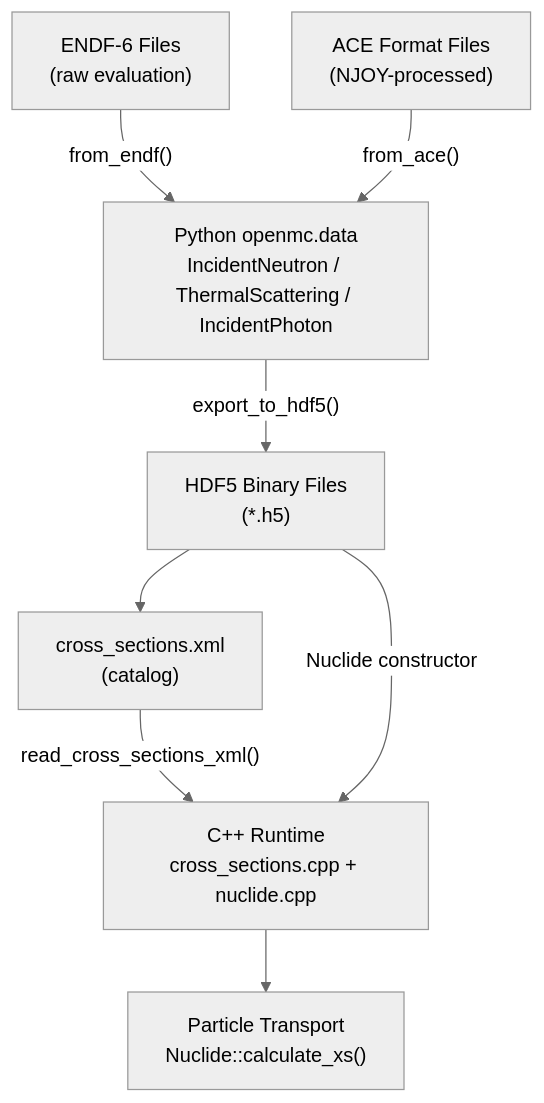
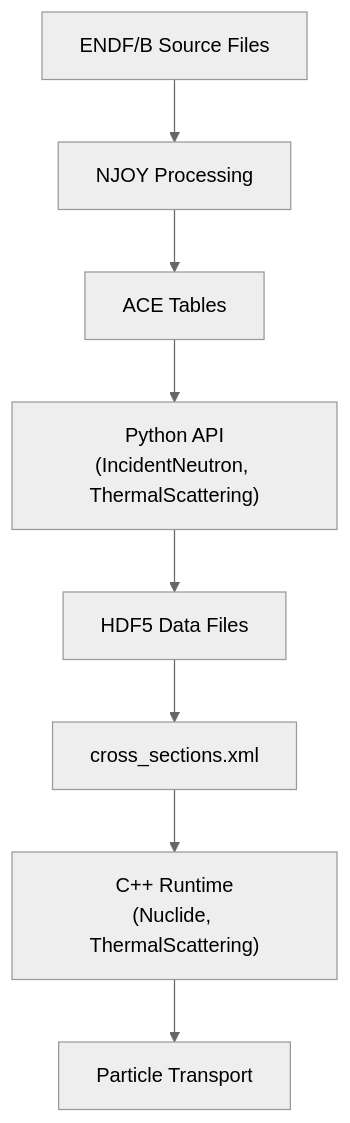
The seventh of 11 diagrams in src/content/wikis/openmc-dev-openmc/index.mdx (augment-solutions/deep-wikis), drawn with Mermaid (neutral theme) before and after one commit. The commit also changed other lines of this file, not shown here.

Commit message:
deep-wiki: update openmc-dev-openmc

````diff
--- a/src/content/wikis/openmc-dev-openmc/index.mdx
+++ b/src/content/wikis/openmc-dev-openmc/index.mdx
@@ -540,18 +704,14 @@
 ```mermaid
 flowchart TD
-    endf["ENDF-6 Files\n(raw evaluation)"]
-    ace["ACE Format Files\n(NJOY-processed)"]
-    py["Python openmc.data\nIncidentNeutron / ThermalScattering / IncidentPhoton"]
-    hdf5["HDF5 Binary Files\n(*.h5)"]
-    xml["cross_sections.xml\n(catalog)"]
-    cpp["C++ Runtime\ncross_sections.cpp + nuclide.cpp"]
-    sim["Particle Transport\nNuclide::calculate_xs()"]
+    endf["ENDF/B Source Files"]
+    njoy["NJOY Processing"]
+    ace["ACE Tables"]
+    pyapi["Python API\n(IncidentNeutron, ThermalScattering)"]
+    hdf5["HDF5 Data Files"]
+    xmlindex["cross_sections.xml"]
+    cpp["C++ Runtime\n(Nuclide, ThermalScattering)"]
+    sim["Particle Transport"]
 
-    endf -->|"from_endf()"| py
-    ace -->|"from_ace()"| py
-    py -->|"export_to_hdf5()"| hdf5
-    hdf5 --> xml
-    xml -->|"read_cross_sections_xml()"| cpp
-    hdf5 -->|"Nuclide constructor"| cpp
-    cpp --> sim
+    endf --> njoy --> ace --> pyapi
+    pyapi --> hdf5 --> xmlindex --> cpp --> sim
 ```
````
